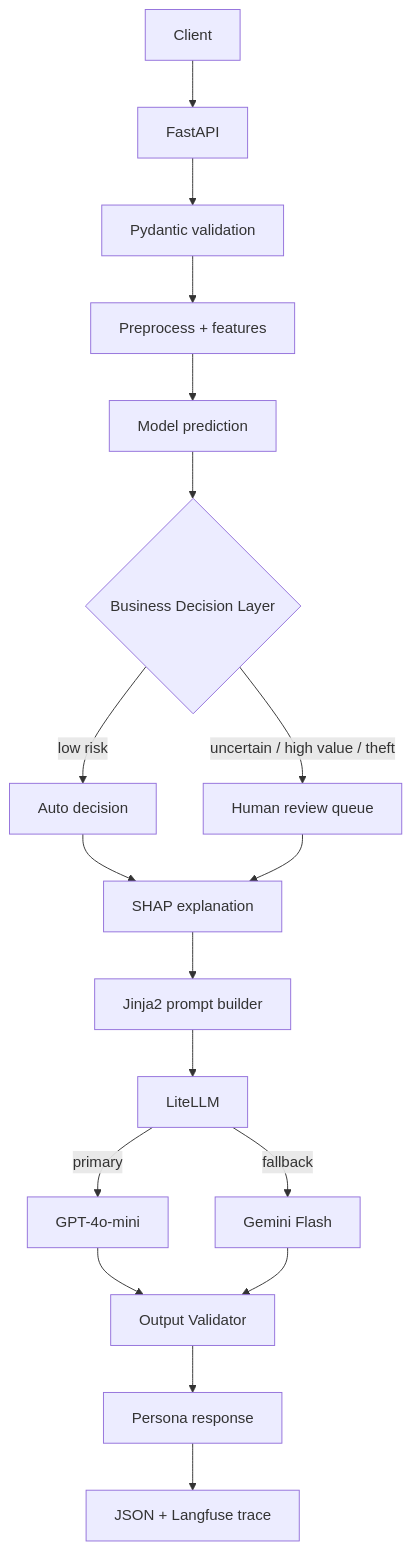
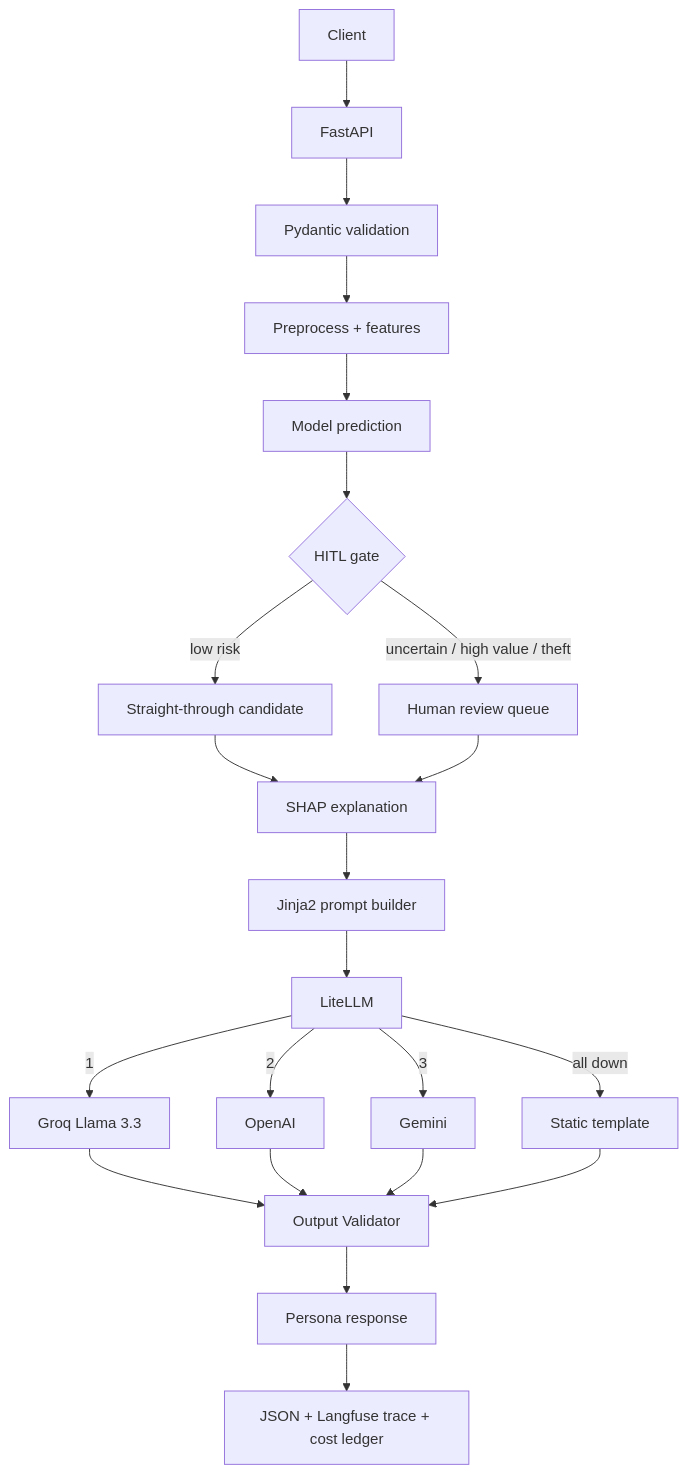
One commit to Mahdielaimani/claim-approval-agent changed the second of 2 diagrams in README.md. Above: the diagram before and after it, drawn with Mermaid. The commit also changed other lines of this file and 18 other files, not shown here.

````diff
--- a/README.md
+++ b/README.md
@@ -59,20 +59,24 @@
 ```mermaid
 flowchart TD
     A[Client] --> B[FastAPI]
     B --> C[Pydantic validation]
     C --> D[Preprocess + features]
     D --> E[Model prediction]
-    E --> F{Business Decision Layer}
-    F -->|low risk| G[Auto decision]
+    E --> F{HITL gate}
+    F -->|low risk| G[Straight-through candidate]
     F -->|uncertain / high value / theft| H[Human review queue]
     G --> I[SHAP explanation]
     H --> I
     I --> J[Jinja2 prompt builder]
     J --> K[LiteLLM]
-    K -->|primary| L[GPT-4o-mini]
-    K -->|fallback| M[Gemini Flash]
-    L --> N[Output Validator]
-    M --> N
-    N --> O[Persona response]
-    O --> P[JSON + Langfuse trace]
+    K -->|1| L[Groq Llama 3.3]
+    K -->|2| M[OpenAI]
+    K -->|3| N[Gemini]
+    K -->|all down| T[Static template]
+    L --> V[Output Validator]
+    M --> V
+    N --> V
+    T --> V
+    V --> O[Persona response]
+    O --> P[JSON + Langfuse trace + cost ledger]
 ```
````
